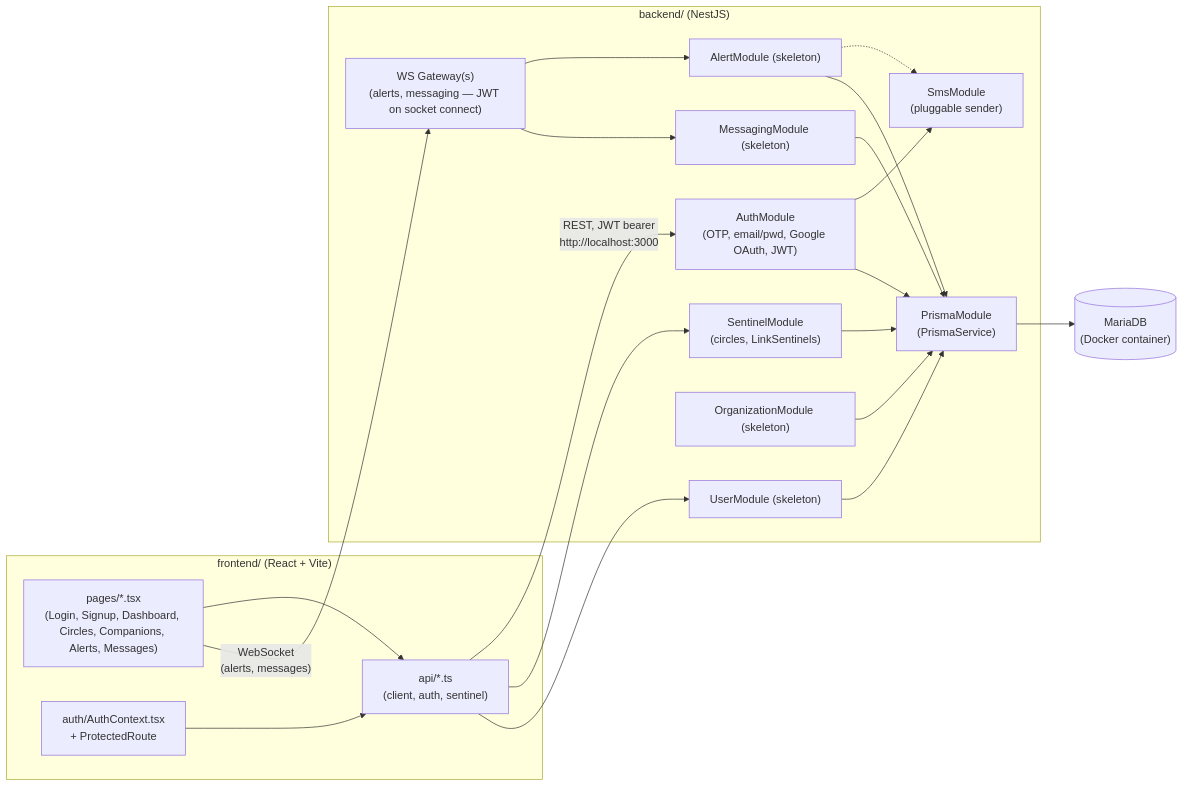
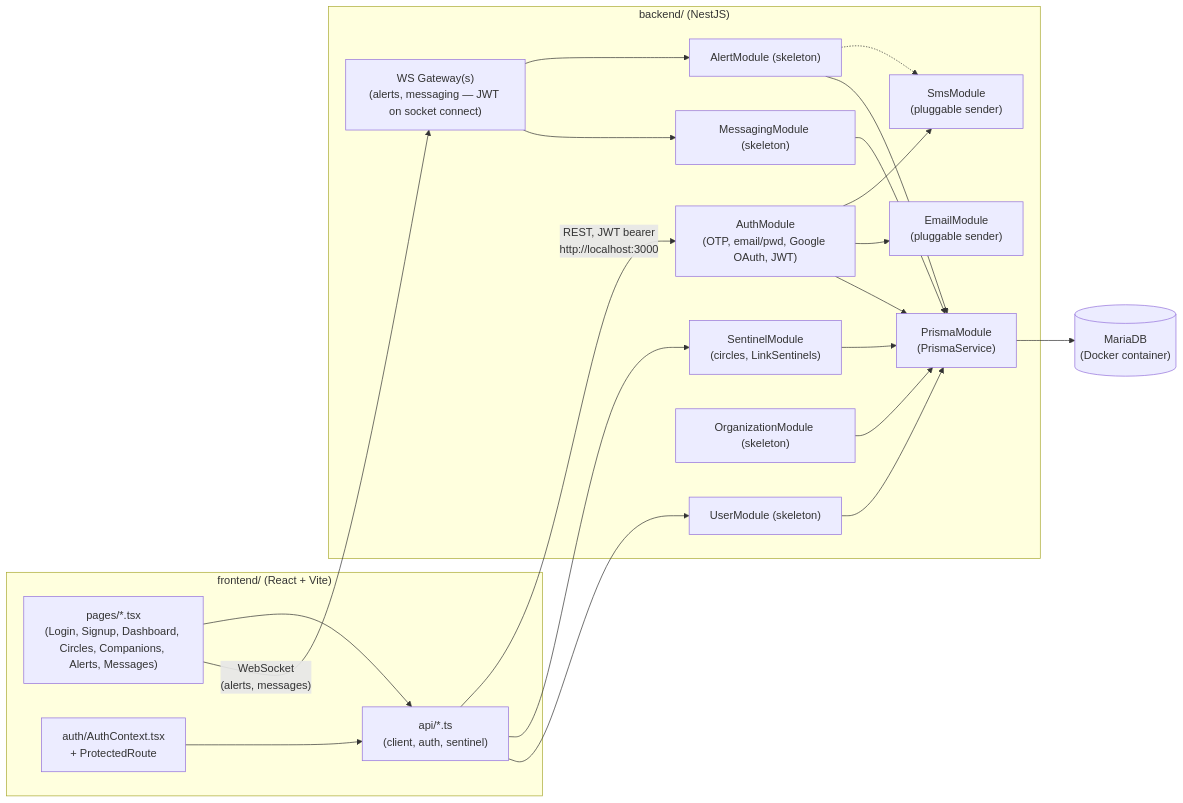
One commit to Sylvfo/MySentinelCircle changed the diagram in STACK_SCHEMA.md. Above: the diagram before and after it, drawn with Mermaid. The commit also changed other lines of this file and 25 other files, not shown here.

````diff
--- a/STACK_SCHEMA.md
+++ b/STACK_SCHEMA.md
@@ -26,41 +28,43 @@
 ```mermaid
 flowchart LR
     subgraph Frontend["frontend/ (React + Vite)"]
         Pages["pages/*.tsx\n(Login, Signup, Dashboard, Circles, Companions, Alerts, Messages)"]
         AuthCtx["auth/AuthContext.tsx\n+ ProtectedRoute"]
         ApiClient["api/*.ts\n(client, auth, sentinel)"]
     end
 
     subgraph Backend["backend/ (NestJS)"]
         Auth["AuthModule\n(OTP, email/pwd, Google OAuth, JWT)"]
         User["UserModule (skeleton)"]
         Sentinel["SentinelModule\n(circles, LinkSentinels)"]
         Alert["AlertModule (skeleton)"]
         Org["OrganizationModule (skeleton)"]
         Messaging["MessagingModule (skeleton)"]
         Sms["SmsModule\n(pluggable sender)"]
+        Email["EmailModule\n(pluggable sender)"]
         Gateway["WS Gateway(s)\n(alerts, messaging — JWT on socket connect)"]
         Prisma["PrismaModule\n(PrismaService)"]
     end
 
     DB[("MariaDB\n(Docker container)")]
 
     Pages --> ApiClient
     AuthCtx --> ApiClient
     ApiClient -- "REST, JWT bearer\nhttp://localhost:3000" --> Auth
     ApiClient --> Sentinel
     ApiClient --> User
     Pages -- "WebSocket\n(alerts, messages)" --> Gateway
     Gateway --> Alert
     Gateway --> Messaging
 
     Auth --> Sms
+    Auth --> Email
     Alert -.-> Sms
     Auth --> Prisma
     User --> Prisma
     Sentinel --> Prisma
     Alert --> Prisma
     Org --> Prisma
     Messaging --> Prisma
     Prisma --> DB
 ```
````
